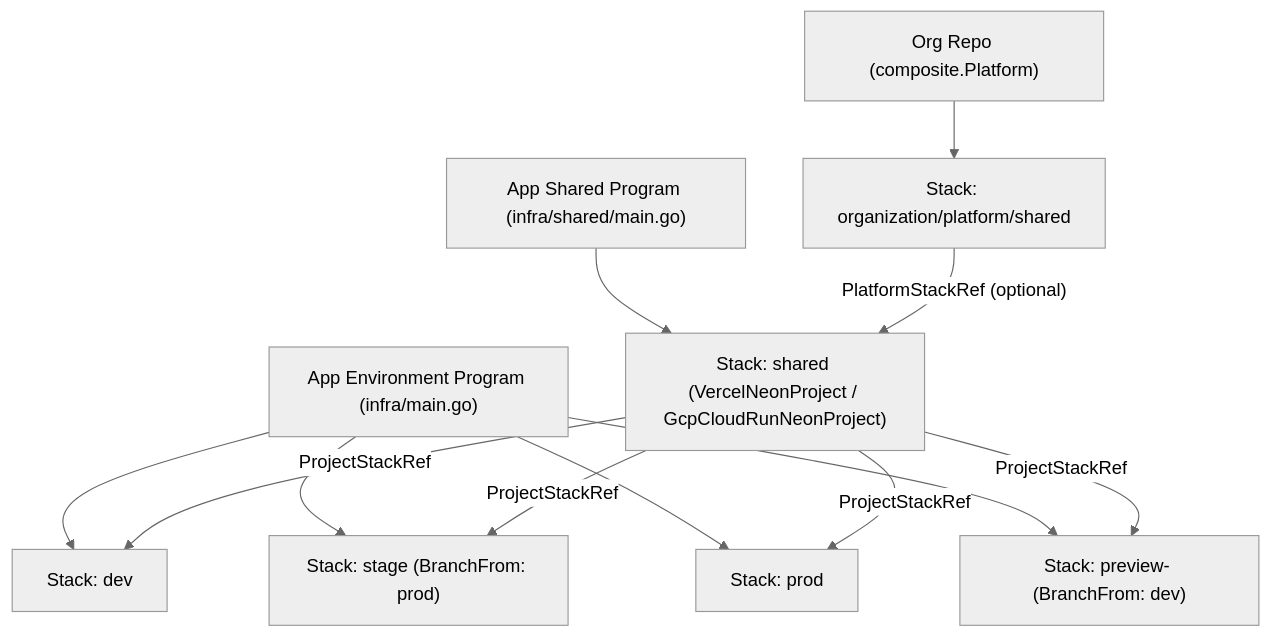
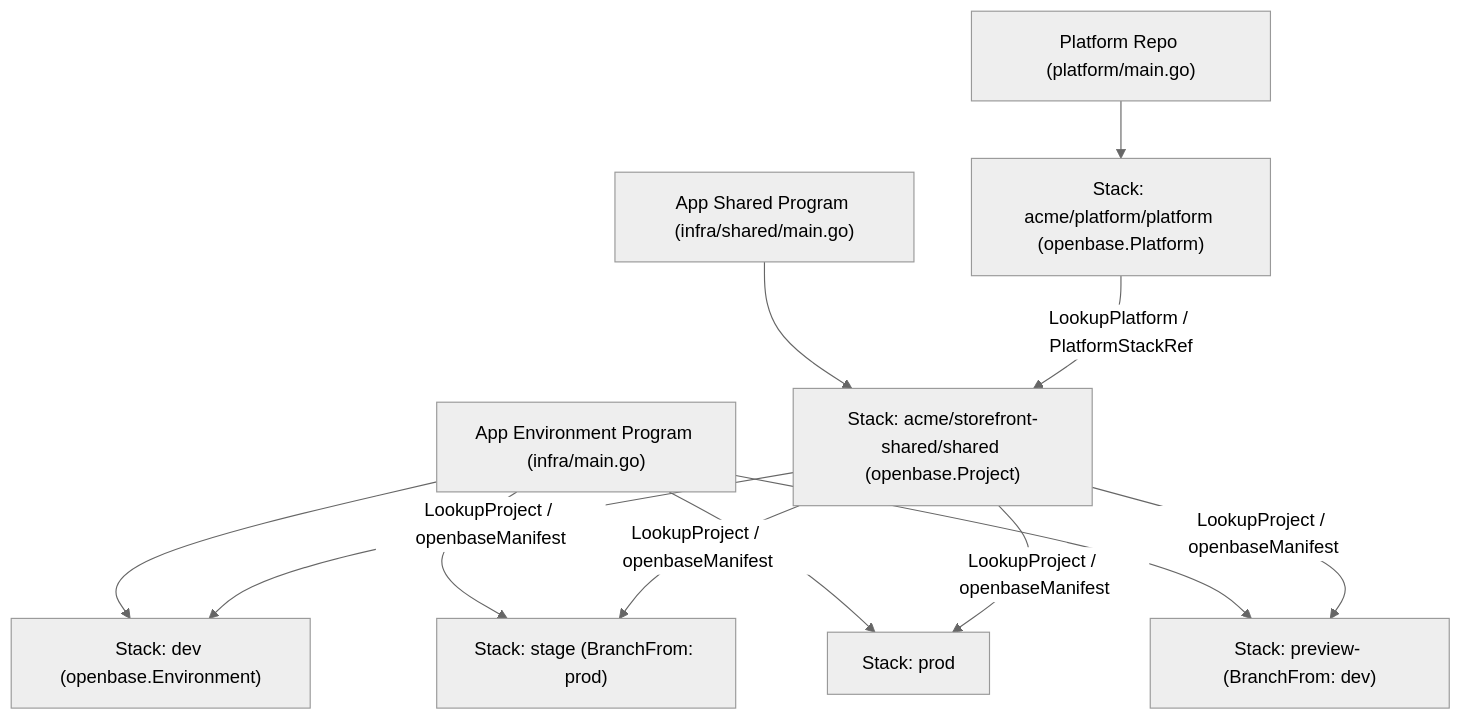
One commit to cloudvoyant/openbase changed the diagram in docs/user-guide.md. Above: the diagram before and after it, drawn with Mermaid (neutral theme). The commit also changed other lines of this file and 124 other files, not shown here.

First line of the commit message:
feat(components): unify platform, project, and environment scopes

````diff
--- a/docs/user-guide.md
+++ b/docs/user-guide.md
@@ -11,14 +11,14 @@
 ```mermaid
 flowchart TD
-    OrgProg["Org Repo (composite.Platform)"] --> OrgStack["Stack: organization/platform/shared"]
-    ProjProg["App Shared Program (infra/shared/main.go)"] --> ProjStack["Stack: shared (VercelNeonProject / GcpCloudRunNeonProject)"]
-    EnvProg["App Environment Program (infra/main.go)"] --> Dev["Stack: dev"]
+    OrgProg["Platform Repo (platform/main.go)"] --> OrgStack["Stack: acme/platform/platform (openbase.Platform)"]
+    ProjProg["App Shared Program (infra/shared/main.go)"] --> ProjStack["Stack: acme/storefront-shared/shared (openbase.Project)"]
+    EnvProg["App Environment Program (infra/main.go)"] --> Dev["Stack: dev (openbase.Environment)"]
     EnvProg --> Stage["Stack: stage (BranchFrom: prod)"]
     EnvProg --> Prod["Stack: prod"]
     EnvProg --> Preview["Stack: preview-<slug> (BranchFrom: dev)"]
-    OrgStack -->|"PlatformStackRef (optional)"| ProjStack
-    ProjStack -->|"ProjectStackRef"| Dev
-    ProjStack -->|"ProjectStackRef"| Stage
-    ProjStack -->|"ProjectStackRef"| Prod
-    ProjStack -->|"ProjectStackRef"| Preview
+    OrgStack -->|"LookupPlatform / PlatformStackRef"| ProjStack
+    ProjStack -->|"LookupProject / openbaseManifest"| Dev
+    ProjStack -->|"LookupProject / openbaseManifest"| Stage
+    ProjStack -->|"LookupProject / openbaseManifest"| Prod
+    ProjStack -->|"LookupProject / openbaseManifest"| Preview
 ```
````
